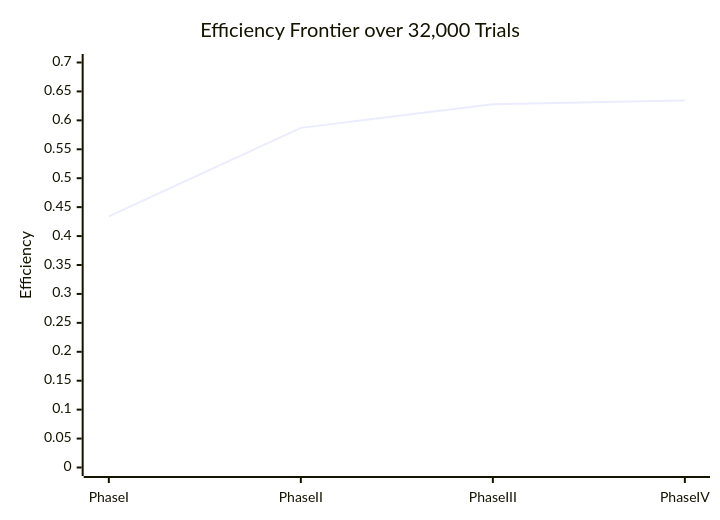
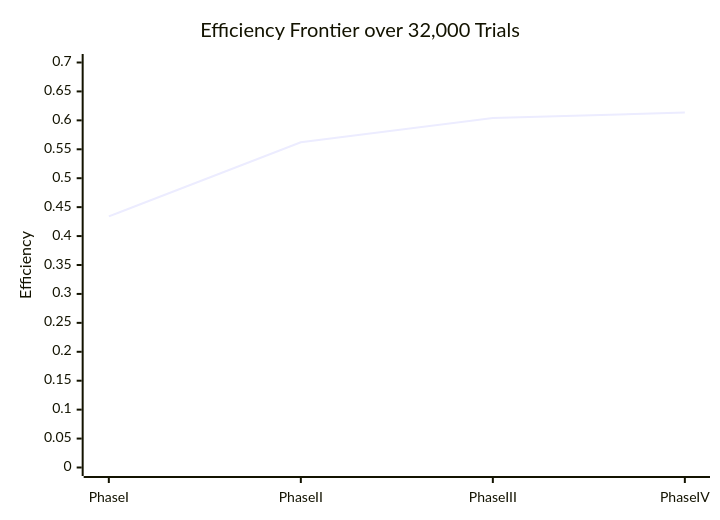
One commit to yellowchicken280/codex_topreconstruction changed the second of 2 diagrams in POSTER_GUIDE.md. Above: the diagram before and after it, drawn with Mermaid. The commit also changed other lines of this file and 1 other file, not shown here.

````diff
--- a/POSTER_GUIDE.md
+++ b/POSTER_GUIDE.md
@@ -77,7 +77,7 @@
 ```mermaid
 xychart-beta
     title "Efficiency Frontier over 32,000 Trials"
     x-axis [Phase I, Phase II, Phase III, Phase IV]
     y-axis "Efficiency" 0 --> 0.7
-    line [0.434, 0.587, 0.628, 0.6345]
+    line [0.434, 0.562, 0.604, 0.6135]
 ```
````
